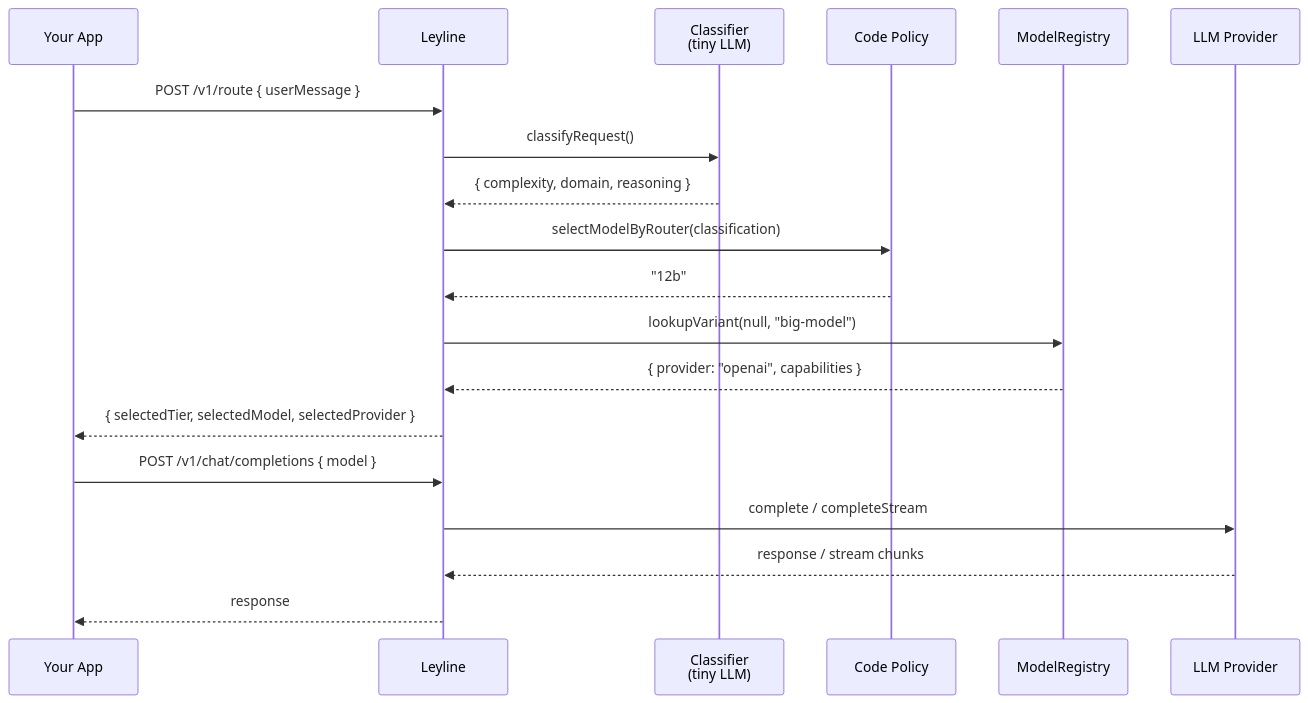
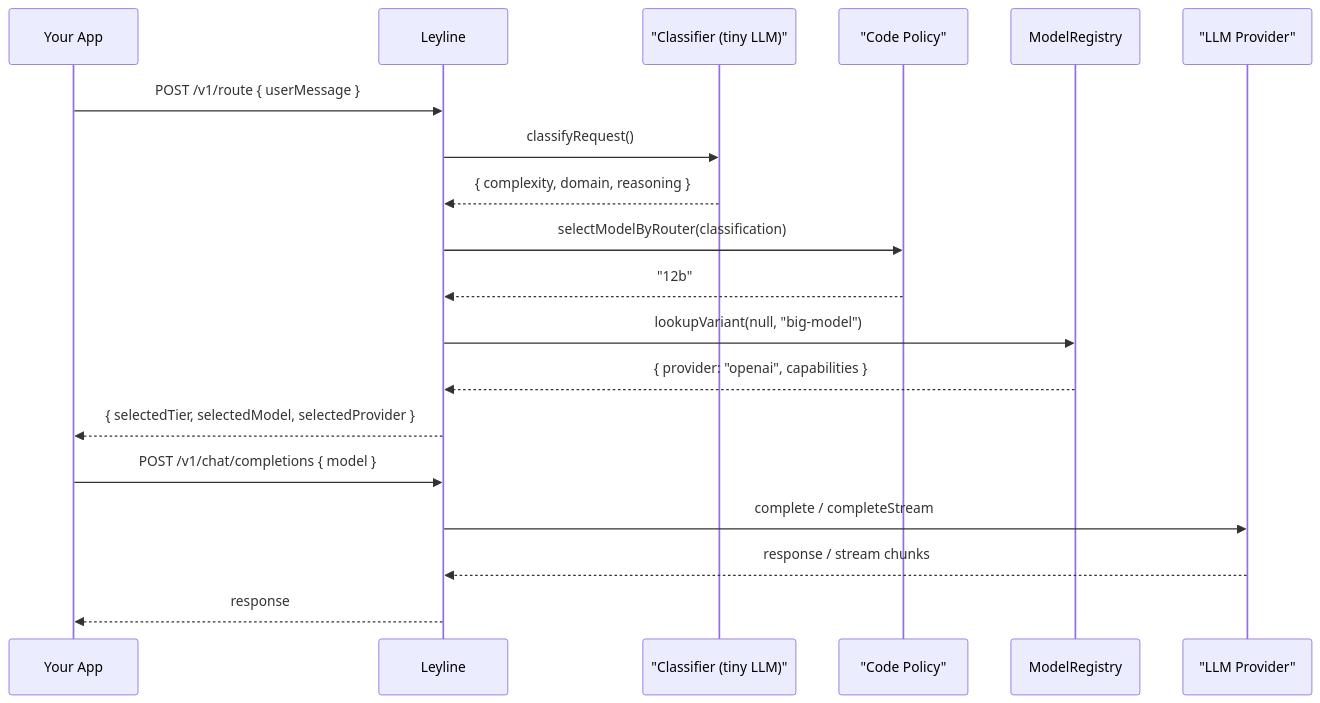
The second of 4 diagrams in README.md (theaiinc/leyline), drawn with Mermaid before and after one commit. The commit also changed other lines of this file and 1 other file, not shown here.

First line of the commit message:
fix: Remove HTML tags from Mermaid diagrams to fix GitHub rendering

````diff
--- a/README.md
+++ b/README.md
@@ -167,23 +167,23 @@
 ```mermaid
 sequenceDiagram
     participant App as Your App
     participant Leyline
-    participant Classifier as Classifier<br/>(tiny LLM)
-    participant Policy as Code Policy
+    participant Classifier as "Classifier (tiny LLM)"
+    participant Policy as "Code Policy"
     participant Registry as ModelRegistry
-    participant Provider as LLM Provider
+    participant Provider as "LLM Provider"
 
     App->>Leyline: POST /v1/route { userMessage }
     Leyline->>Classifier: classifyRequest()
     Classifier-->>Leyline: { complexity, domain, reasoning }
     Leyline->>Policy: selectModelByRouter(classification)
     Policy-->>Leyline: "12b"
     Leyline->>Registry: lookupVariant(null, "big-model")
     Registry-->>Leyline: { provider: "openai", capabilities }
     Leyline-->>App: { selectedTier, selectedModel, selectedProvider }
 
     App->>Leyline: POST /v1/chat/completions { model }
     Leyline->>Provider: complete / completeStream
     Provider-->>Leyline: response / stream chunks
     Leyline-->>App: response
 ```
````
